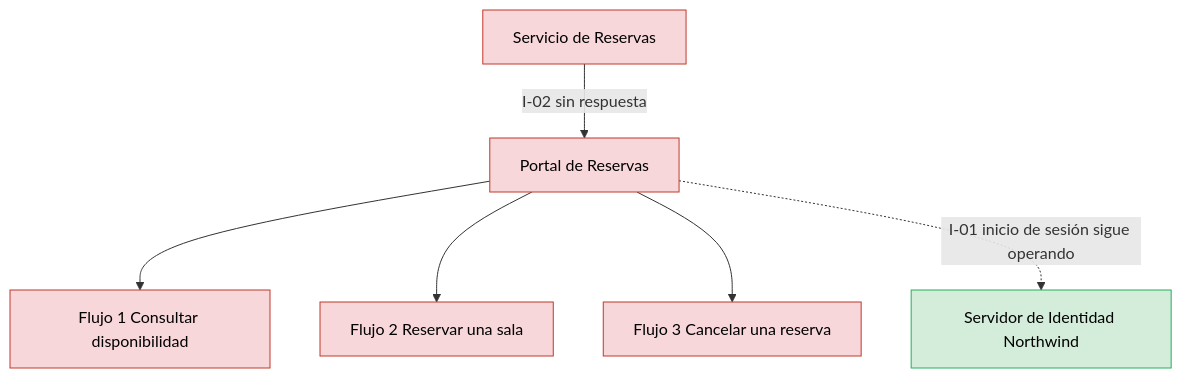
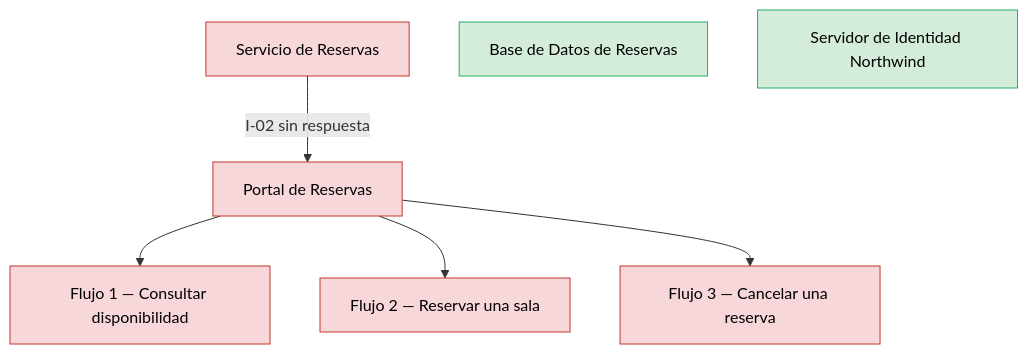
Before and after one commit to shadowX4fox/northwind-reservas: the third of 3 diagrams in analysis/BLAST-RADIUS-2026-11-03.md, drawn with Mermaid. The commit also changed other lines of this file and 7 other files, not shown here.

````diff
--- a/analysis/BLAST-RADIUS-2026-11-03.md
+++ b/analysis/BLAST-RADIUS-2026-11-03.md
@@ -83,16 +82,16 @@
 ```mermaid
 flowchart TB
-  SVC["Servicio de Reservas"]:::cascading
-  PORTAL["Portal de Reservas"]:::cascading
+  SRV["Servicio de Reservas"]:::cascading
+  POR["Portal de Reservas"]:::cascading
+  F1["Flujo 1 — Consultar disponibilidad"]:::cascading
+  F2["Flujo 2 — Reservar una sala"]:::cascading
+  F3["Flujo 3 — Cancelar una reserva"]:::cascading
+  BD["Base de Datos de Reservas"]:::contained
   IDP["Servidor de Identidad Northwind"]:::contained
-  F1["Flujo 1 Consultar disponibilidad"]:::cascading
-  F2["Flujo 2 Reservar una sala"]:::cascading
-  F3["Flujo 3 Cancelar una reserva"]:::cascading
-  SVC -->|I-02 sin respuesta| PORTAL
-  PORTAL --> F1
-  PORTAL --> F2
-  PORTAL --> F3
-  PORTAL -.->|I-01 inicio de sesión sigue operando| IDP
+  SRV -->|I-02 sin respuesta| POR
+  POR --> F1
+  POR --> F2
+  POR --> F3
   classDef cascading fill:#f8d7da,stroke:#c0392b,color:#000
   classDef contained fill:#d4edda,stroke:#27ae60,color:#000
 ```
````
